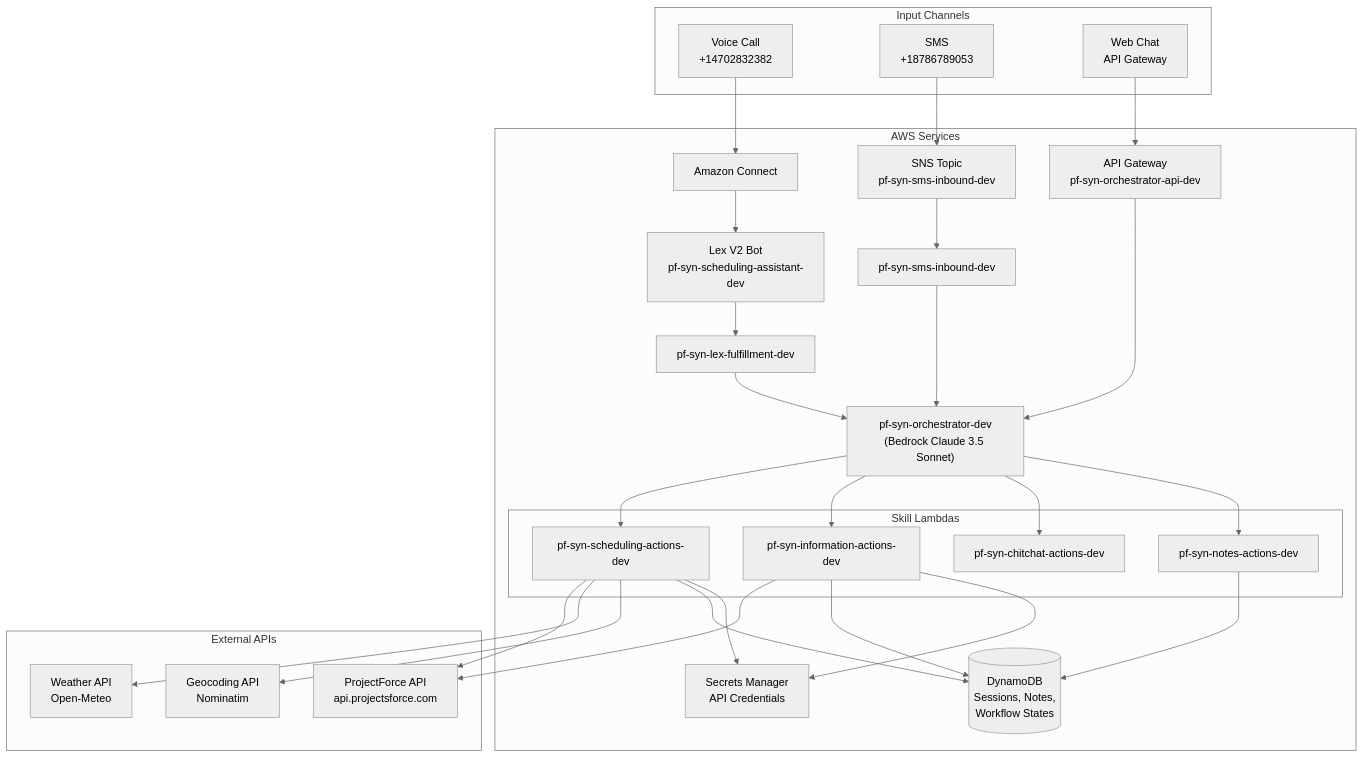
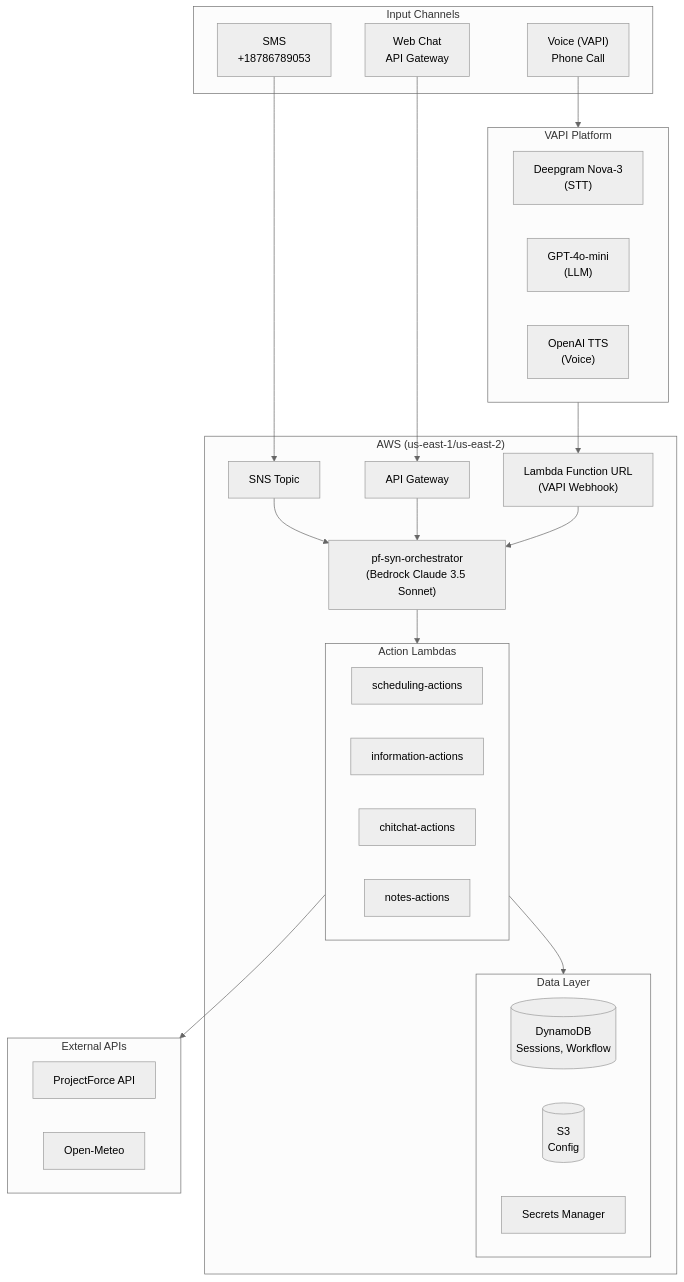
The first of 4 diagrams in docs/AWS_RESOURCES_INVENTORY.md (jjayarajdev/schedulingAgent), drawn with Mermaid (neutral theme) before and after one commit. The commit also changed other lines of this file and 2 other files, not shown here.

First line of the commit message:
Add project_type support, fix projectNumber display, update docs

````diff
--- a/docs/AWS_RESOURCES_INVENTORY.md
+++ b/docs/AWS_RESOURCES_INVENTORY.md
@@ -273,62 +418,50 @@
 ```mermaid
 flowchart TB
     subgraph Channels["Input Channels"]
-        Voice["Voice Call<br/>+14702832382"]
+        Voice["Voice (VAPI)<br/>Phone Call"]
         SMS["SMS<br/>+18786789053"]
         Chat["Web Chat<br/>API Gateway"]
     end
 
-    subgraph AWS["AWS Services"]
-        Connect["Amazon Connect"]
-        Lex["Lex V2 Bot<br/>pf-syn-scheduling-assistant-dev"]
-        SNS["SNS Topic<br/>pf-syn-sms-inbound-dev"]
-        APIGw["API Gateway<br/>pf-syn-orchestrator-api-dev"]
+    subgraph VAPI["VAPI Platform"]
+        Deepgram["Deepgram Nova-3<br/>(STT)"]
+        GPT["GPT-4o-mini<br/>(LLM)"]
+        OpenAITTS["OpenAI TTS<br/>(Voice)"]
+    end
 
-        LexFulfill["pf-syn-lex-fulfillment-dev"]
-        SMSLambda["pf-syn-sms-inbound-dev"]
+    subgraph AWS["AWS (us-east-1/us-east-2)"]
+        LambdaURL["Lambda Function URL<br/>(VAPI Webhook)"]
+        SNS["SNS Topic"]
+        APIGw["API Gateway"]
 
-        Orchestrator["pf-syn-orchestrator-dev<br/>(Bedrock Claude 3.5 Sonnet)"]
+        Orchestrator["pf-syn-orchestrator<br/>(Bedrock Claude 3.5 Sonnet)"]
 
-        subgraph SkillLambdas["Skill Lambdas"]
-            Scheduling["pf-syn-scheduling-actions-dev"]
-            Information["pf-syn-information-actions-dev"]
-            Chitchat["pf-syn-chitchat-actions-dev"]
-            Notes["pf-syn-notes-actions-dev"]
+        subgraph ActionLambdas["Action Lambdas"]
+            Scheduling["scheduling-actions"]
+            Information["information-actions"]
+            Chitchat["chitchat-actions"]
+            Notes["notes-actions"]
         end
 
-        DynamoDB[("DynamoDB<br/>Sessions, Notes,<br/>Workflow States")]
-        Secrets["Secrets Manager<br/>API Credentials"]
+        subgraph Data["Data Layer"]
+            DynamoDB[("DynamoDB<br/>Sessions, Workflow")]
+            S3[("S3<br/>Config")]
+            Secrets["Secrets Manager"]
+        end
     end
 
     subgraph External["External APIs"]
-        PFAPI["ProjectForce API<br/>api.projectsforce.com"]
-        WeatherAPI["Weather API<br/>Open-Meteo"]
-        GeoAPI["Geocoding API<br/>Nominatim"]
+        PFAPI["ProjectForce API"]
+        WeatherAPI["Open-Meteo"]
     end
 
-    Voice --> Connect --> Lex --> LexFulfill
-    SMS --> SNS --> SMSLambda
-    Chat --> APIGw
+    Voice --> VAPI
+    VAPI --> LambdaURL
+    SMS --> SNS --> Orchestrator
+    Chat --> APIGw --> Orchestrator
+    LambdaURL --> Orchestrator
 
-    LexFulfill --> Orchestrator
-    SMSLambda --> Orchestrator
-    APIGw --> Orchestrator
-
-    Orchestrator --> Scheduling
-    Orchestrator --> Information
-    Orchestrator --> Chitchat
-    Orchestrator --> Notes
-
-    Scheduling --> PFAPI
-    Scheduling --> WeatherAPI
-    Scheduling --> GeoAPI
-    Scheduling --> DynamoDB
-
-    Information --> PFAPI
-    Information --> DynamoDB
-
-    Notes --> DynamoDB
-
-    Scheduling --> Secrets
-    Information --> Secrets
+    Orchestrator --> ActionLambdas
+    ActionLambdas --> Data
+    ActionLambdas --> External
 ```
````
